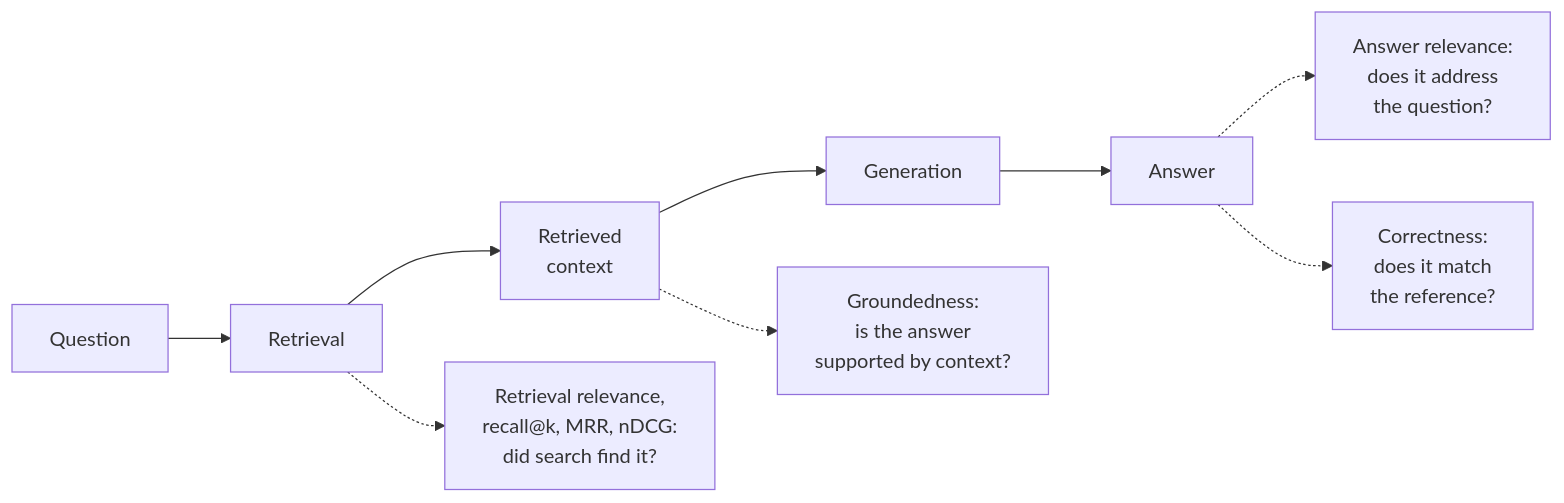
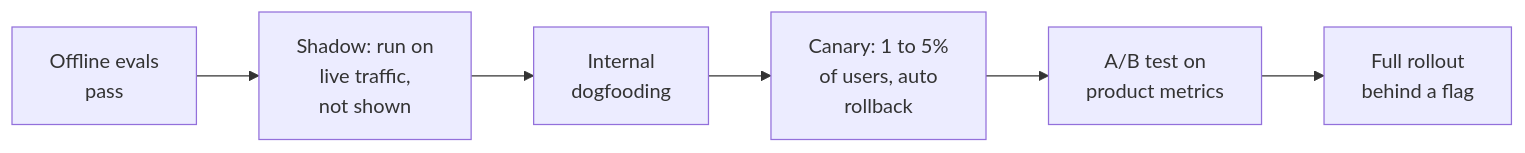
The fifth of 6 diagrams in src/Data/aiStackDocs/CH-08.md (shubamchaudhary/CodeNITW), drawn with Mermaid before and after one commit. The commit also changed other lines of this file and 52 other files, not shown here.

````diff
--- a/src/Data/aiStackDocs/CH-08.md
+++ b/src/Data/aiStackDocs/CH-08.md
@@ -219,11 +257,8 @@
 ```mermaid
 flowchart LR
-    Q["Question"] --> RET["Retrieval"]
-    RET --> CTX["Retrieved<br/>context"]
-    CTX --> GEN["Generation"]
-    GEN --> A["Answer"]
-    RET -.-> M1["Retrieval relevance,<br/>recall@k, MRR, nDCG:<br/>did search find it?"]
-    CTX -.-> M2["Groundedness:<br/>is the answer<br/>supported by context?"]
-    A -.-> M3["Answer relevance:<br/>does it address<br/>the question?"]
-    A -.-> M4["Correctness:<br/>does it match<br/>the reference?"]
+    OF["Offline evals<br/>pass"] --> SH["Shadow: run on<br/>live traffic,<br/>not shown"]
+    SH --> DF["Internal<br/>dogfooding"]
+    DF --> CN["Canary: 1 to 5%<br/>of users, auto<br/>rollback"]
+    CN --> AB["A/B test on<br/>product metrics"]
+    AB --> FULL["Full rollout<br/>behind a flag"]
 ```
````
